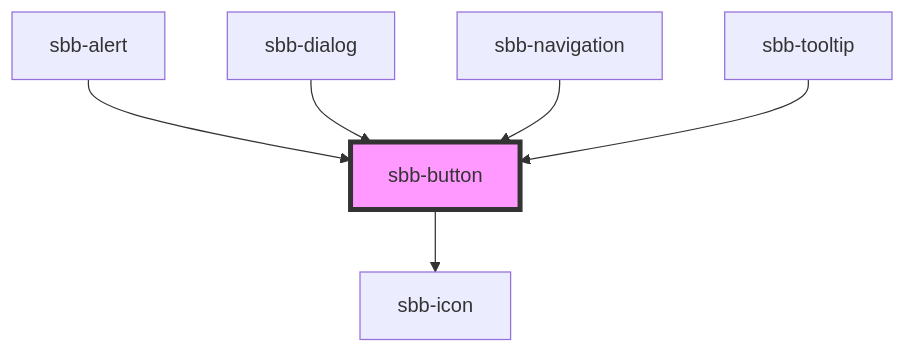
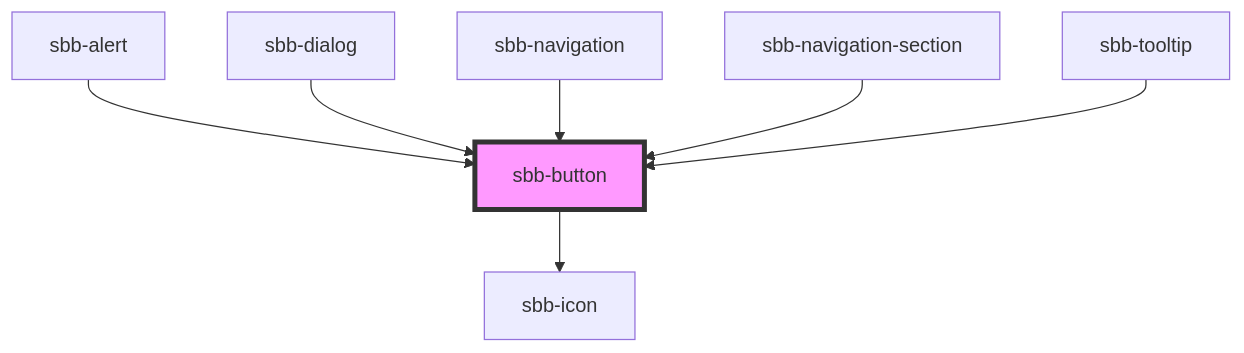
One commit to sbb-design-systems/lyne-components changed the diagram in src/components/sbb-button/readme.md. Above: the diagram before and after it, drawn with Mermaid. The commit also changed other lines of this file and 13 other files, not shown here.

````diff
--- a/src/components/sbb-button/readme.md
+++ b/src/components/sbb-button/readme.md
@@ -90,9 +91,10 @@
 ```mermaid
 graph TD;
   sbb-button --> sbb-icon
   sbb-alert --> sbb-button
   sbb-dialog --> sbb-button
   sbb-navigation --> sbb-button
+  sbb-navigation-section --> sbb-button
   sbb-tooltip --> sbb-button
   style sbb-button fill:#f9f,stroke:#333,stroke-width:4px
 ```
````
